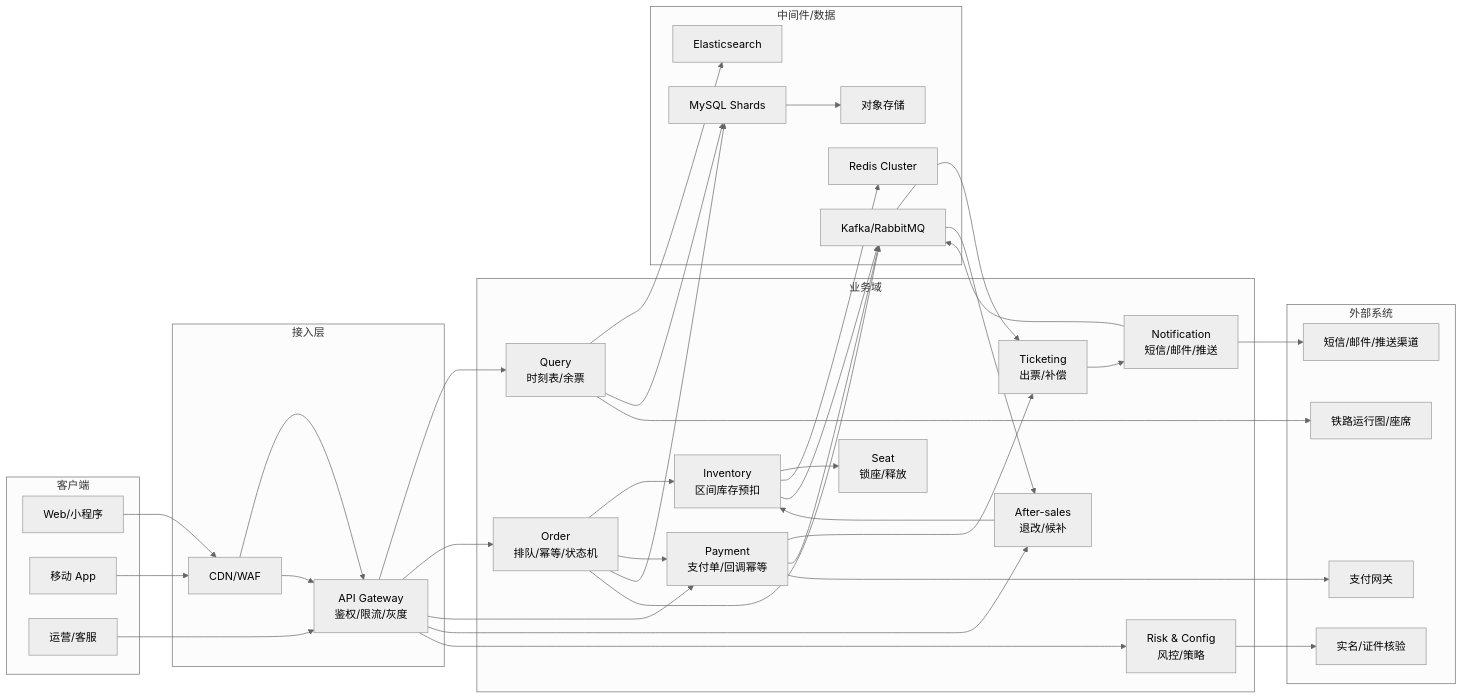
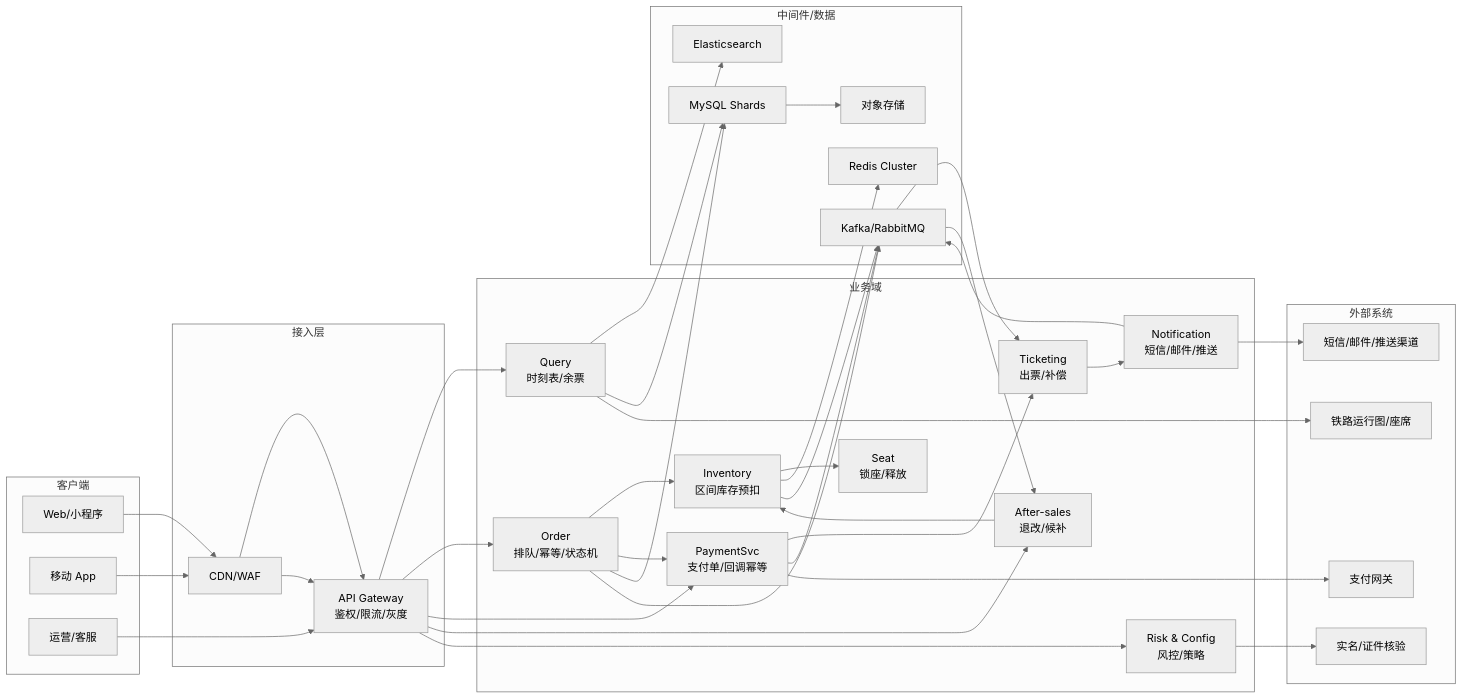
Before and after one commit to nextnine/12306: the first of 5 diagrams in 12306/architectural_design_v2.md, drawn with Mermaid. The commit also changed other lines of this file and 1 other file, not shown here.

Commit message:
Align payment flows and amount types across docs

````diff
--- a/12306/architectural_design_v2.md
+++ b/12306/architectural_design_v2.md
@@ -89,69 +84,69 @@
 ```mermaid
 %%{init: {'theme':'neutral','flowchart':{'nodeSpacing':36,'rankSpacing':48}}}%%
 flowchart LR
     subgraph Client[客户端]
       Web[Web/小程序]
       App[移动 App]
       Ops[运营/客服]
     end
 
     subgraph Access[接入层]
       CDN[CDN/WAF]
       GW[API Gateway\n鉴权/限流/灰度]
     end
 
     subgraph Services[业务域]
       Q[Query\n时刻表/余票]
       O[Order\n排队/幂等/状态机]
       I[Inventory\n区间库存预扣]
       S[Seat\n锁座/释放]
-      P[Payment\n支付单/回调幂等]
+      PS[PaymentSvc\n支付单/回调幂等]
       T[Ticketing\n出票/补偿]
       A[After-sales\n退改/候补]
       R[Risk & Config\n风控/策略]
       N[Notification\n短信/邮件/推送]
     end
 
     subgraph Data[中间件/数据]
       Redis[Redis Cluster]
       MQ[Kafka/RabbitMQ]
       DB[MySQL Shards]
       ES[Elasticsearch]
       OSS[对象存储]
     end
 
     subgraph External[外部系统]
-      Pay[支付网关]
+      PayGateway[支付网关]
       Verify[实名/证件核验]
       Railway[铁路运行图/座席]
       Sms[短信/邮件/推送渠道]
     end
 
     Web --> CDN --> GW
     App --> CDN
     Ops --> GW
     CDN --> GW
 
-    GW --> Q & O & P & A & R
+    GW --> Q & O & PS & A & R
     O --> I --> S
-    O --> P
-    P --> T
+    O --> PS
+    PS --> T
     T --> N
     A --> I
     Q --> ES
     Q --> DB
     O --> DB
     I --> Redis
     I --> MQ
     O --> MQ
-    P --> MQ
+    PS --> MQ
     N --> MQ
     MQ --> T
     MQ --> A
     DB --> OSS
 
-    P --> Pay
+    PS --> PayGateway
     R --> Verify
     Q --> Railway
     N --> Sms
 ```
````
